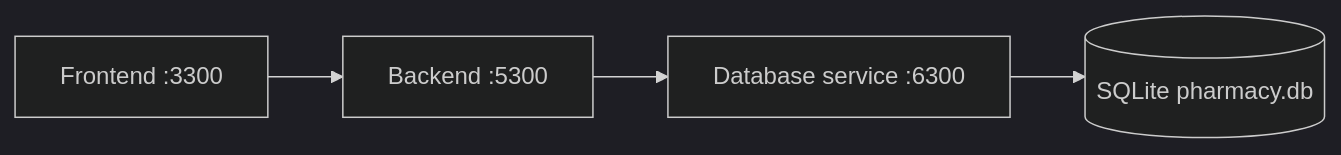
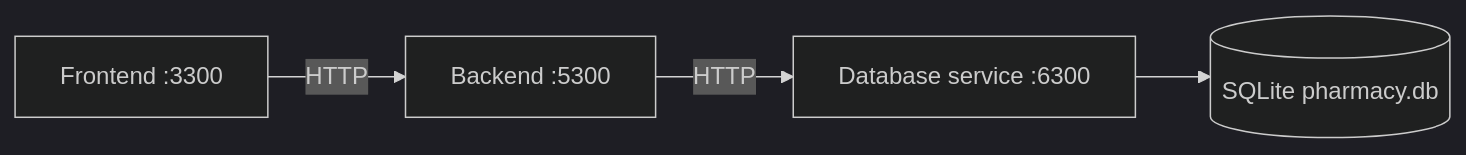
The diagram in student-3/database/README.md (jaeyunjks/hospital-operations-management-system), drawn with Mermaid (dark theme) before and after one commit. The commit also changed other lines of this file and 2 other files, not shown here.

Commit message:
feat: Update README documentation for backend, database, and frontend services; enhance architecture diagrams, tech stack details, and local running instructions

````diff
--- a/student-3/database/README.md
+++ b/student-3/database/README.md
@@ -5,6 +7,6 @@
 ```mermaid
 flowchart LR
-  UI[Frontend :3300] --> API[Backend :5300]
-  API --> DB[Database service :6300]
-  DB --> SQLite[(SQLite pharmacy.db)]
+  F[Frontend :3300] -->|HTTP| B[Backend :5300]
+  B -->|HTTP| D[Database service :6300]
+  D --> S[(SQLite pharmacy.db)]
 ```
````
